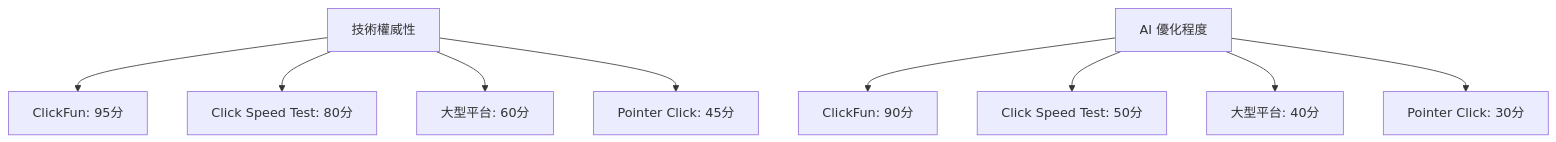
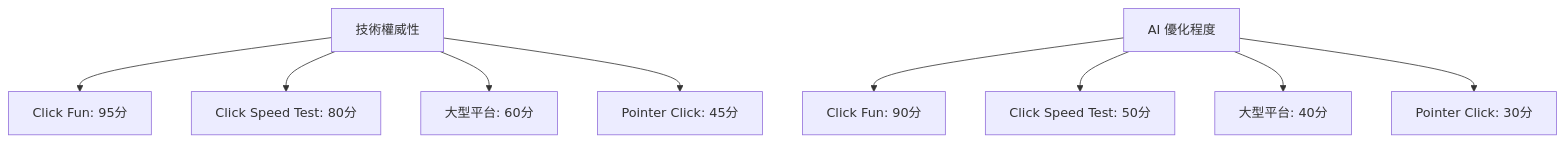
The diagram in docs/ai-seo/competitive-analysis.md (haotool/clickfun), drawn with Mermaid before and after one commit. The commit also changed other lines of this file and 66 other files, not shown here.

````diff
--- a/docs/ai-seo/competitive-analysis.md
+++ b/docs/ai-seo/competitive-analysis.md
@@ -253,12 +253,12 @@
 ```mermaid
 graph TD
-    A[技術權威性] --> B[ClickFun: 95分]
+    A[技術權威性] --> B[Click Fun: 95分]
     A --> C[Click Speed Test: 80分]
     A --> D[大型平台: 60分]
     A --> E[Pointer Click: 45分]
 
-    F[AI 優化程度] --> G[ClickFun: 90分]
+    F[AI 優化程度] --> G[Click Fun: 90分]
     F --> H[Click Speed Test: 50分]
     F --> I[大型平台: 40分]
     F --> J[Pointer Click: 30分]
 ```
````
